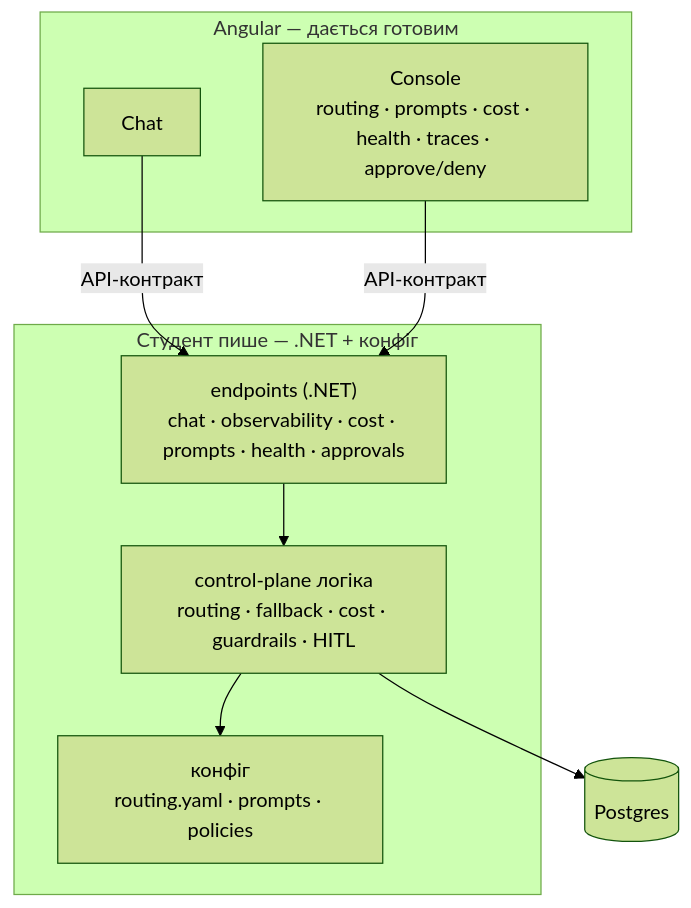
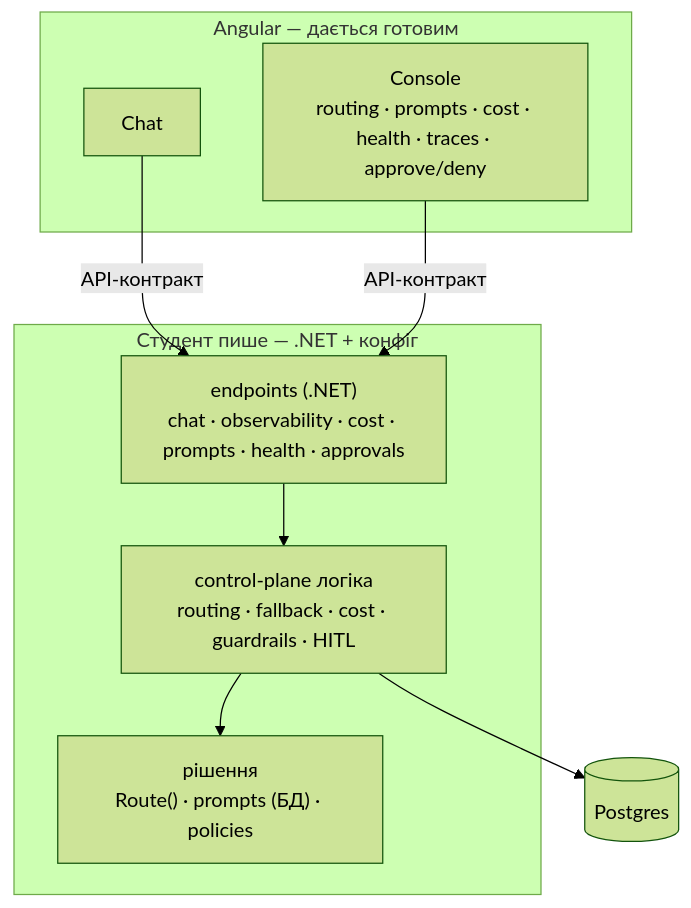
One commit to TarasFedorenkoFTV/llmops-bootcamp changed the diagram in docs/control-plane.md. Above: the diagram before and after it, drawn with Mermaid (forest theme). The commit also changed other lines of this file and 11 other files, not shown here.

````diff
--- a/docs/control-plane.md
+++ b/docs/control-plane.md
@@ -18,18 +18,18 @@
 ```mermaid
 flowchart TB
   subgraph A["Angular — дається готовим"]
     CHAT["Chat"]
     CON["Console<br/>routing · prompts · cost · health · traces · approve/deny"]
   end
   subgraph S["Студент пише — .NET + конфіг"]
     API["endpoints (.NET)<br/>chat · observability · cost · prompts · health · approvals"]
     LOGIC["control-plane логіка<br/>routing · fallback · cost · guardrails · HITL"]
-    CFG["конфіг<br/>routing.yaml · prompts · policies"]
+    CFG["рішення<br/>Route() · prompts (БД) · policies"]
   end
   DB[(Postgres)]
   CHAT -->|API-контракт| API
   CON -->|API-контракт| API
   API --> LOGIC
   LOGIC --> CFG
   LOGIC --> DB
 ```
````
